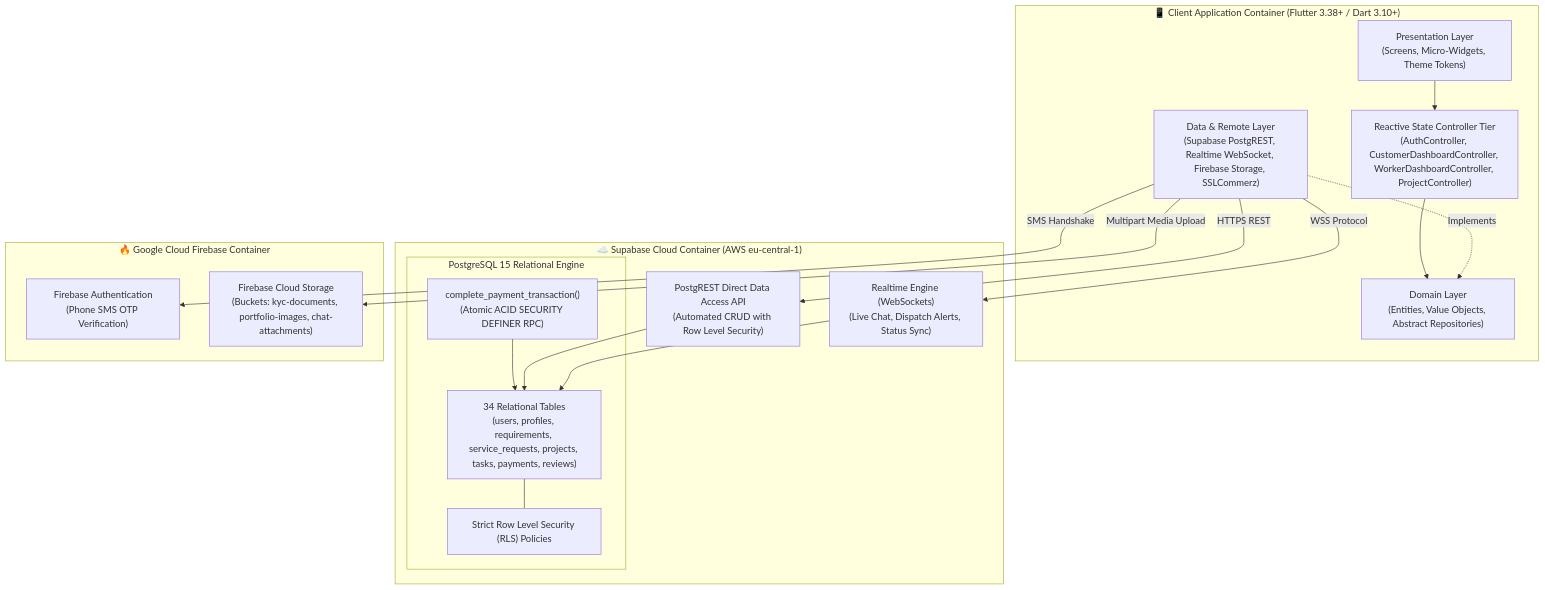
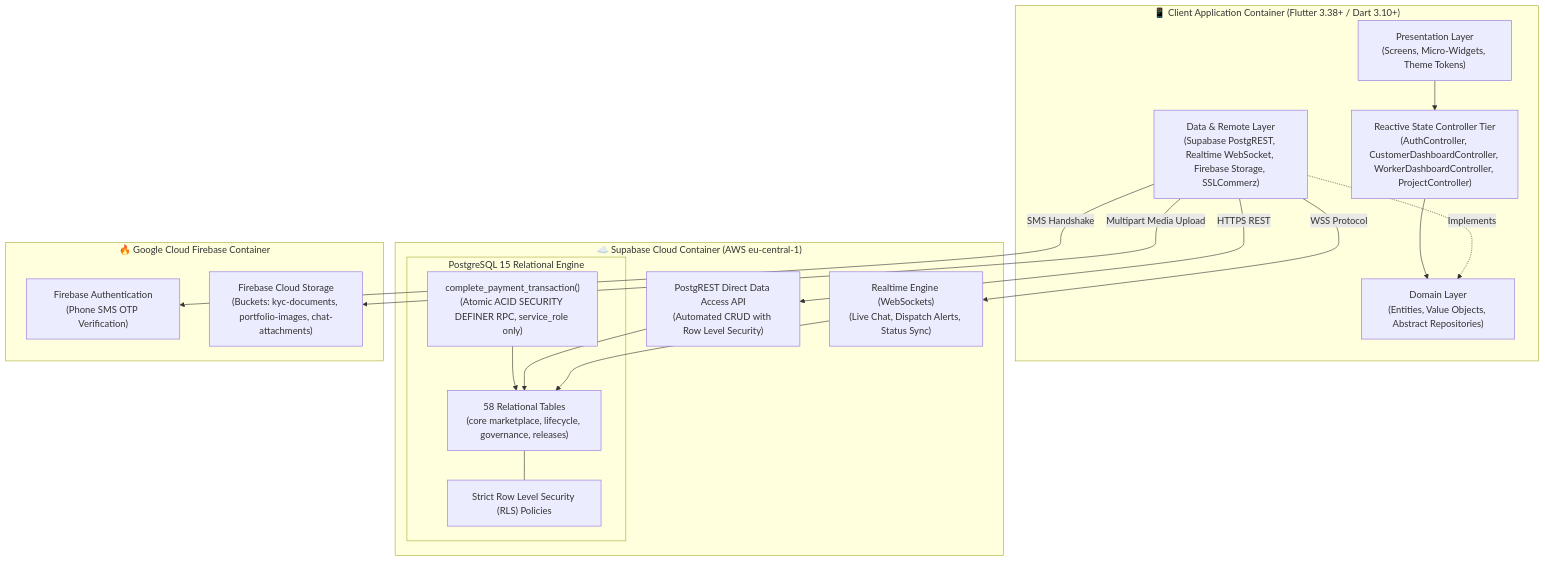
The second of 8 diagrams in docs/ARCHITECTURE.md (Ti838/SKAVIA), drawn with Mermaid before and after one commit. The commit also changed other lines of this file and 25 other files, not shown here.

Commit message:
Add unit test suites and architecture documentation

````diff
--- a/docs/ARCHITECTURE.md
+++ b/docs/ARCHITECTURE.md
@@ -70,40 +70,40 @@
 ```mermaid
 graph TB
     subgraph ClientContainer ["📱 Client Application Container (Flutter 3.38+ / Dart 3.10+)"]
         PresentationTier["Presentation Layer<br/>(Screens, Micro-Widgets, Theme Tokens)"]
         StateControllers["Reactive State Controller Tier<br/>(AuthController, CustomerDashboardController, WorkerDashboardController, ProjectController)"]
         DomainContracts["Domain Layer<br/>(Entities, Value Objects, Abstract Repositories)"]
         DataSources["Data & Remote Layer<br/>(Supabase PostgREST, Realtime WebSocket, Firebase Storage, SSLCommerz)"]
         
         PresentationTier --> StateControllers
         StateControllers --> DomainContracts
         DataSources -.->|Implements| DomainContracts
     end
 
     subgraph CloudContainer ["☁️ Supabase Cloud Container (AWS eu-central-1)"]
         PostgREST["PostgREST Direct Data Access API<br/>(Automated CRUD with Row Level Security)"]
         RealtimeEngine["Realtime Engine (WebSockets)<br/>(Live Chat, Dispatch Alerts, Status Sync)"]
         
         subgraph PostgreSQL15 ["PostgreSQL 15 Relational Engine"]
-            CoreTables["34 Relational Tables<br/>(users, profiles, requirements, service_requests, projects, tasks, payments, reviews)"]
+            CoreTables["58 Relational Tables<br/>(core marketplace, lifecycle, governance, releases)"]
             RLSFilters["Strict Row Level Security (RLS) Policies"]
-            SettlementRPC["complete_payment_transaction()<br/>(Atomic ACID SECURITY DEFINER RPC)"]
+            SettlementRPC["complete_payment_transaction()<br/>(Atomic ACID SECURITY DEFINER RPC, service_role only)"]
             
             CoreTables --- RLSFilters
             SettlementRPC --> CoreTables
         end
     end
 
     subgraph FirebaseContainer ["🔥 Google Cloud Firebase Container"]
         FirebaseAuth["Firebase Authentication<br/>(Phone SMS OTP Verification)"]
         FirebaseStorage["Firebase Cloud Storage<br/>(Buckets: kyc-documents, portfolio-images, chat-attachments)"]
     end
 
     DataSources -->|HTTPS REST| PostgREST
     DataSources -->|WSS Protocol| RealtimeEngine
     DataSources -->|Multipart Media Upload| FirebaseStorage
     DataSources -->|SMS Handshake| FirebaseAuth
     
     PostgREST --> CoreTables
     RealtimeEngine --> CoreTables
 ```
````
